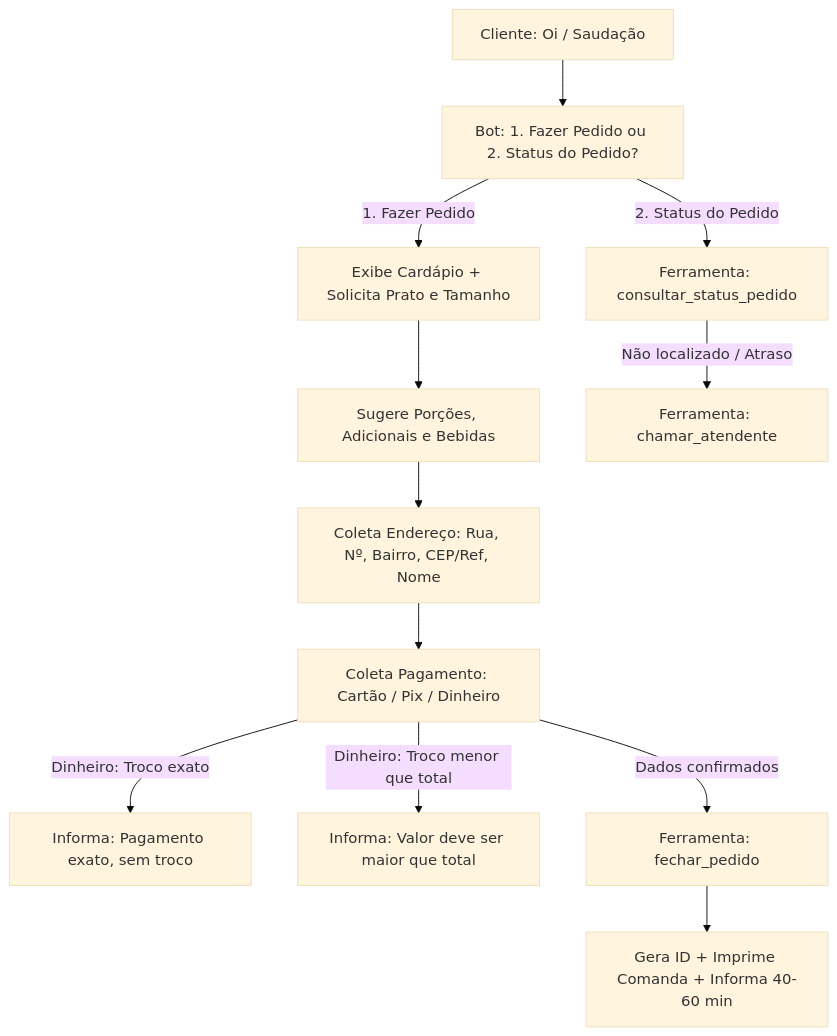
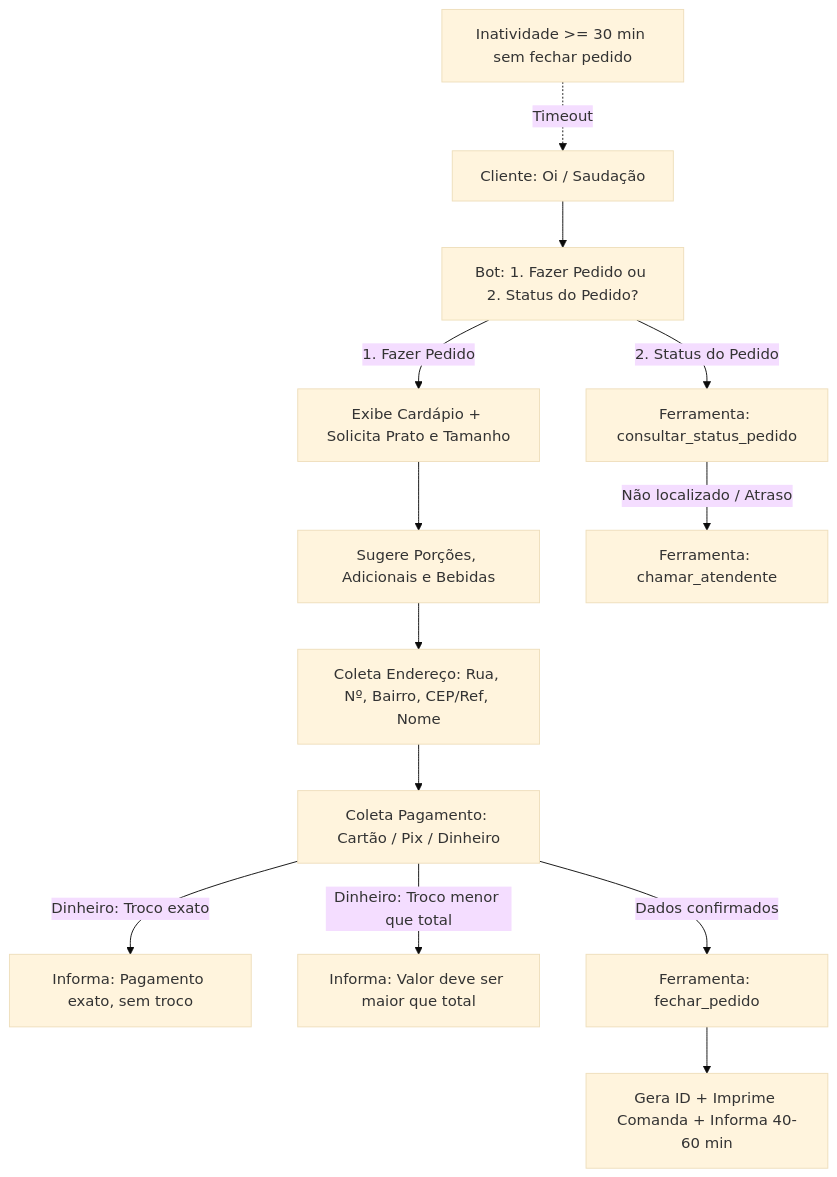
One commit to AlexsandroHonorato/restaurante-ricardo-whatsapp changed the diagram in ANDAMENTO.md. Above: the diagram before and after it, drawn with Mermaid (base theme). The commit also changed other lines of this file and 118 other files, not shown here.

````diff
--- a/ANDAMENTO.md
+++ b/ANDAMENTO.md
@@ -44,14 +44,15 @@
 ```mermaid
 graph TD
     A[Cliente: Oi / Saudação] --> B[Bot: 1. Fazer Pedido ou 2. Status do Pedido?]
     B -->|1. Fazer Pedido| C[Exibe Cardápio + Solicita Prato e Tamanho]
     C --> D[Sugere Porções, Adicionais e Bebidas]
     D --> E[Coleta Endereço: Rua, Nº, Bairro, CEP/Ref, Nome]
     E --> F[Coleta Pagamento: Cartão / Pix / Dinheiro]
     F -->|Dinheiro: Troco exato| G1[Informa: Pagamento exato, sem troco]
     F -->|Dinheiro: Troco menor que total| G2[Informa: Valor deve ser maior que total]
     F -->|Dados confirmados| H[Ferramenta: fechar_pedido]
     H --> I[Gera ID + Imprime Comanda + Informa 40-60 min]
     B -->|2. Status do Pedido| J[Ferramenta: consultar_status_pedido]
     J -->|Não localizado / Atraso| K[Ferramenta: chamar_atendente]
+    L[Inatividade >= 30 min sem fechar pedido] -.->|Timeout| A
 ```
````
